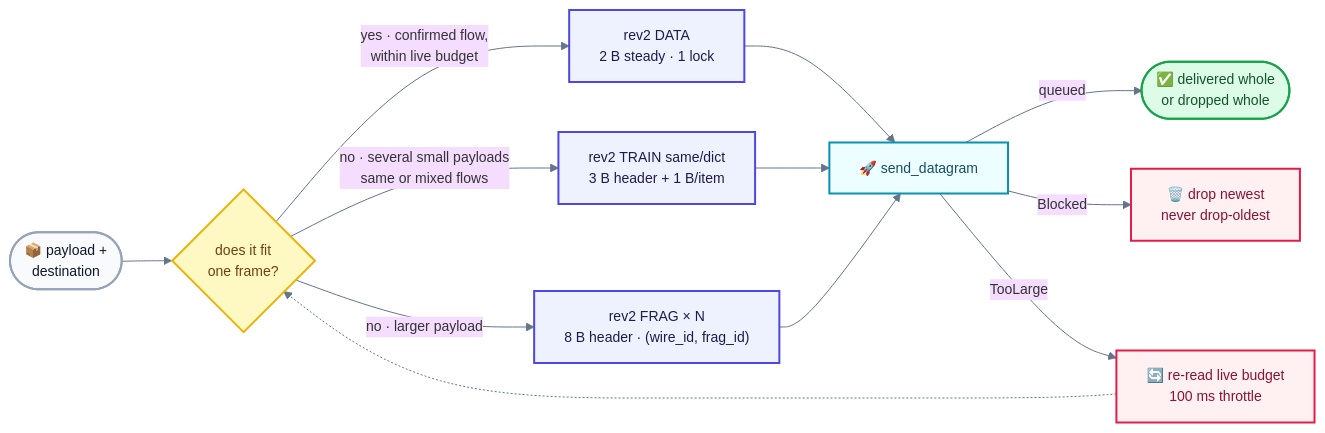
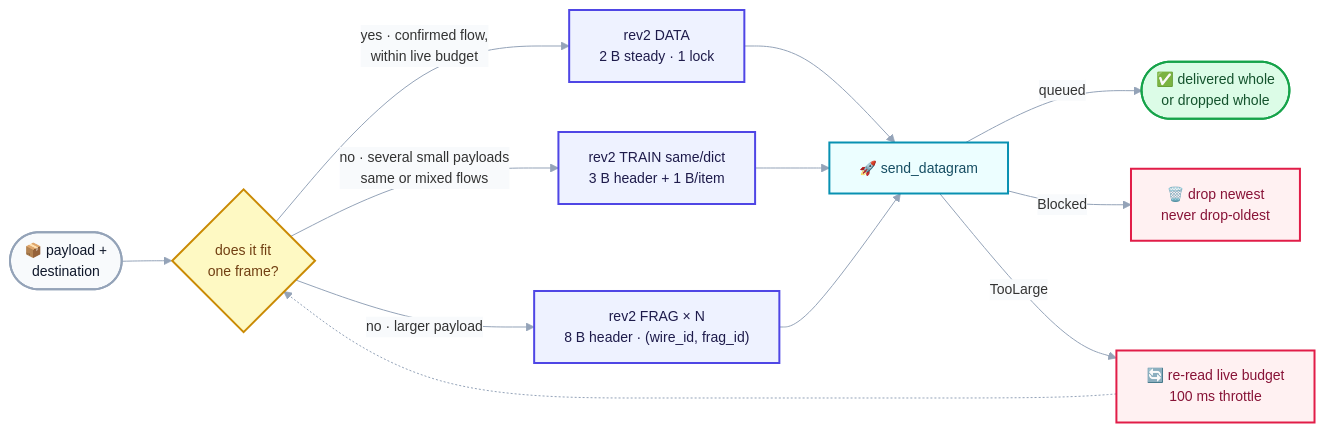
Before and after one commit to Terutoki/MyQUIC2: diagram 17 of 31 in README.md, drawn with Mermaid. The commit also changed other lines of this file and 14 other files, not shown here.

First line of the commit message:
docs(readme): remove static art and redraw Mermaid atlas

````diff
--- a/README.md
+++ b/README.md
@@ -1555,26 +1573,29 @@
 ```mermaid
-%%{init: {"theme":"base","themeVariables":{"fontSize":"14px","lineColor":"#64748b"}}}%%
+%%{init: {"theme":"base","themeVariables":{"fontSize":"14px","lineColor":"#94a3b8","textColor":"#0f172a","edgeLabelBackground":"#f8fafc"}}}%%
 flowchart LR
+    accTitle: Frame shape decision
+    accDescr: A payload becomes steady DATA when confirmed, TRAIN when several small payloads can share a frame, and FRAG when it exceeds one datagram.
     P(["📦 payload +<br/>destination"]) --> Q{"does it fit<br/>one frame?"}
     Q -->|"yes · confirmed flow,<br/>within live budget"| S["rev2 DATA<br/>2 B steady · 1 lock"]
     Q -->|"no · several small payloads<br/>same or mixed flows"| B["rev2 TRAIN same/dict<br/>3 B header + 1 B/item"]
     Q -->|"no · larger payload"| F["rev2 FRAG × N<br/>8 B header · (wire_id, frag_id)"]
     S --> SEND["🚀 send_datagram"]
     B --> SEND
     F --> SEND
     SEND -->|"queued"| OK(["✅ delivered whole<br/>or dropped whole"])
     SEND -->|"Blocked"| DROP["🗑️ drop newest<br/>never drop-oldest"]
     SEND -->|"TooLarge"| RE["🔄 re-read live budget<br/>100 ms throttle"]
     RE -.-> Q
-    style P fill:#f8fafc,stroke:#94a3b8,stroke-width:2px,color:#0f172a
-    classDef decision fill:#fef9c3,stroke:#eab308,stroke-width:2px,color:#713f12
-    classDef frame fill:#eef2ff,stroke:#4f46e5,stroke-width:2px,color:#1e1b4b
-    classDef send fill:#ecfeff,stroke:#0891b2,stroke-width:2px,color:#164e63
+    classDef app fill:#f8fafc,stroke:#94a3b8,stroke-width:2px,color:#0f172a
+    classDef decision fill:#fef9c3,stroke:#ca8a04,stroke-width:2px,color:#713f12
+    classDef tunnel fill:#eef2ff,stroke:#4f46e5,stroke-width:2px,color:#1e1b4b
+    classDef wire fill:#ecfeff,stroke:#0891b2,stroke-width:2px,color:#164e63
     classDef ok fill:#dcfce7,stroke:#16a34a,stroke-width:2px,color:#14532d
     classDef warn fill:#fff1f2,stroke:#e11d48,stroke-width:2px,color:#881337
+    class P app
     class Q decision
-    class S,B,F frame
-    class SEND send
+    class S,B,F tunnel
+    class SEND wire
     class OK ok
     class DROP,RE warn
 ```
````
